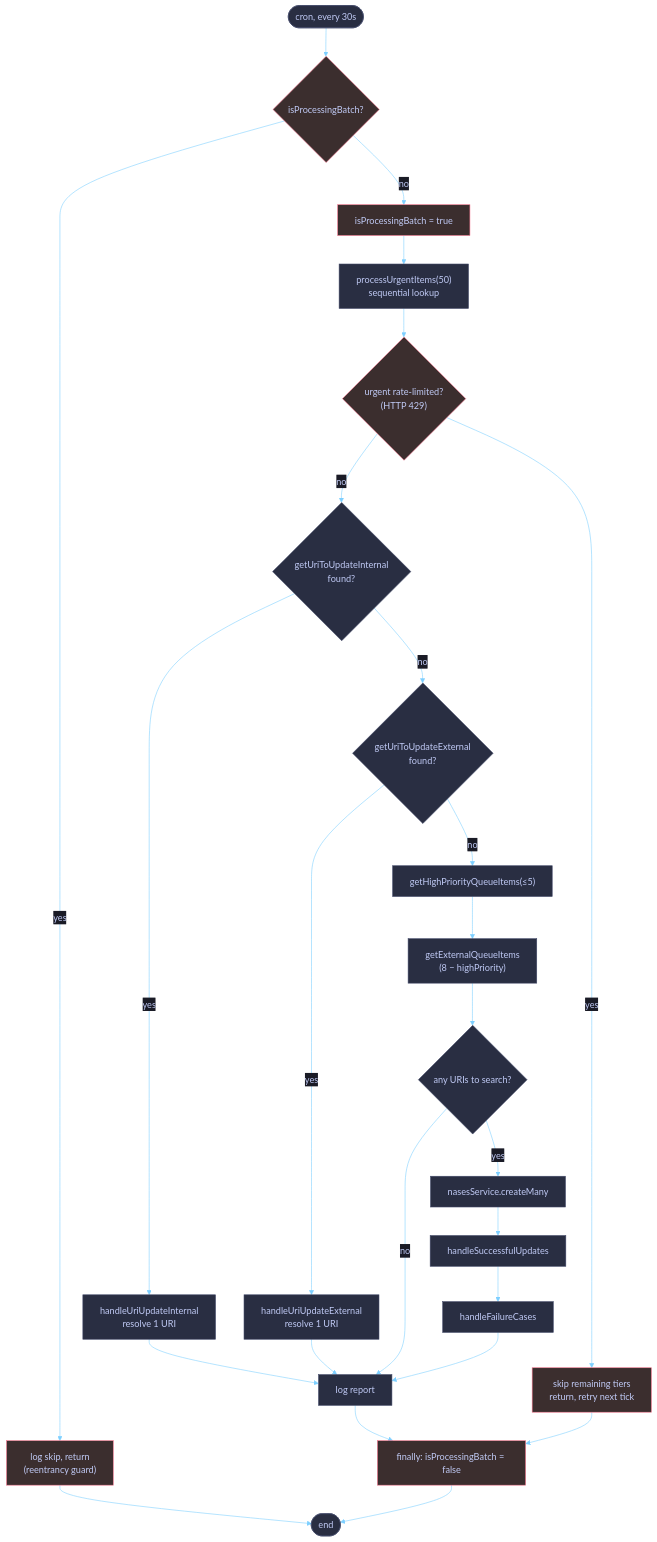
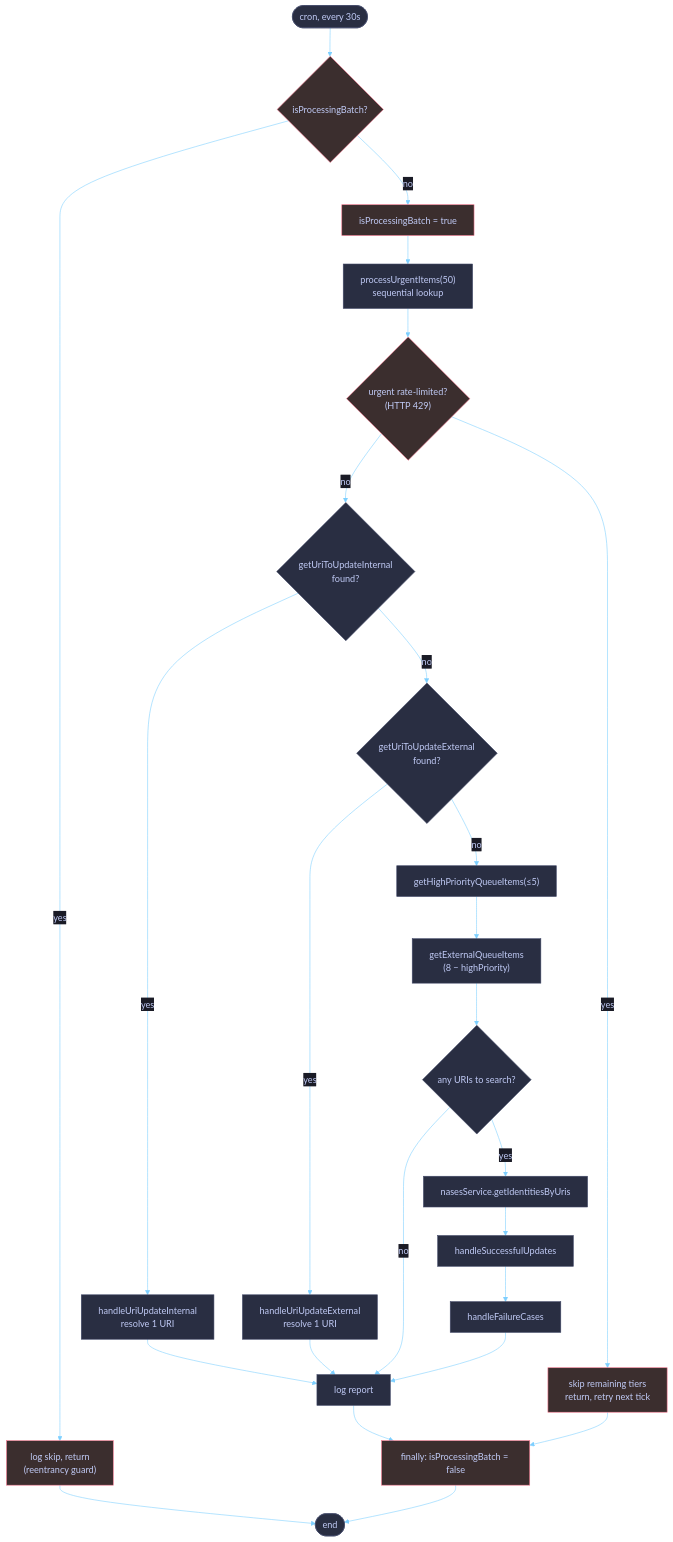
One commit to bratislava/konto.bratislava.sk changed the third of 6 diagrams in nest-city-account/src/upvs-queue/README.md. Above: the diagram before and after it, drawn with Mermaid. The commit also changed other lines of this file and 8 other files, not shown here.

Commit message:
Rename `createMany` to `getIdentitiesByUris` and align its types

````diff
--- a/nest-city-account/src/upvs-queue/README.md
+++ b/nest-city-account/src/upvs-queue/README.md
@@ -131,47 +131,47 @@
 ```mermaid
 %%{
   init: {
     'theme': 'base',
     'themeVariables': {
       'primaryColor': '#292e42',
       'primaryTextColor': '#c0caf5',
       'primaryBorderColor': '#7aa2f7',
       'lineColor': '#7dcfff',
       'secondaryColor': '#24283b',
       'tertiaryColor': '#1a1b26',
       'background': '#1a1b26',
       'mainBkg': '#292e42',
       'nodeBorder': '#414868',
       'clusterBkg': '#24283b',
       'clusterBorder': '#414868',
       'titleColor': '#7dcfff',
       'edgeLabelBackground': '#1a1b26'
     }
   }
 }%%
 flowchart TD
     A(["cron, every 30s"]) --> G{"isProcessingBatch?"}
     G -->|yes| SKIP["log skip, return<br/>(reentrancy guard)"]
     G -->|no| LOCK["isProcessingBatch = true"]
     LOCK --> U["processUrgentItems(50)<br/>sequential lookup"]
     U --> RL{"urgent rate-limited?<br/>(HTTP 429)"}
     RL -->|yes| RLR["skip remaining tiers<br/>return, retry next tick"]
     RL -->|no| Q1{"getUriToUpdateInternal<br/>found?"}
     Q1 -->|yes| H1["handleUriUpdateInternal<br/>resolve 1 URI"] --> LOG["log report"]
     Q1 -->|no| Q2{"getUriToUpdateExternal<br/>found?"}
     Q2 -->|yes| H2["handleUriUpdateExternal<br/>resolve 1 URI"] --> LOG
     Q2 -->|no| HP["getHighPriorityQueueItems(≤5)"]
     HP --> EX["getExternalQueueItems<br/>(8 − highPriority)"]
     EX --> EMPTY{"any URIs to search?"}
     EMPTY -->|no| LOG
-    EMPTY -->|yes| CM["nasesService.createMany"]
+    EMPTY -->|yes| CM["nasesService.getIdentitiesByUris"]
     CM --> S["handleSuccessfulUpdates"]
     S --> F["handleFailureCases"]
     F --> LOG
     LOG --> UNLOCK["finally: isProcessingBatch = false"]
     RLR --> UNLOCK
     SKIP --> ENDN(["end"])
     UNLOCK --> ENDN
     classDef guard fill:#3b2e2e,stroke:#f7768e,color:#c0caf5;
     class G,SKIP,LOCK,UNLOCK,RL,RLR guard;
 ```
````
